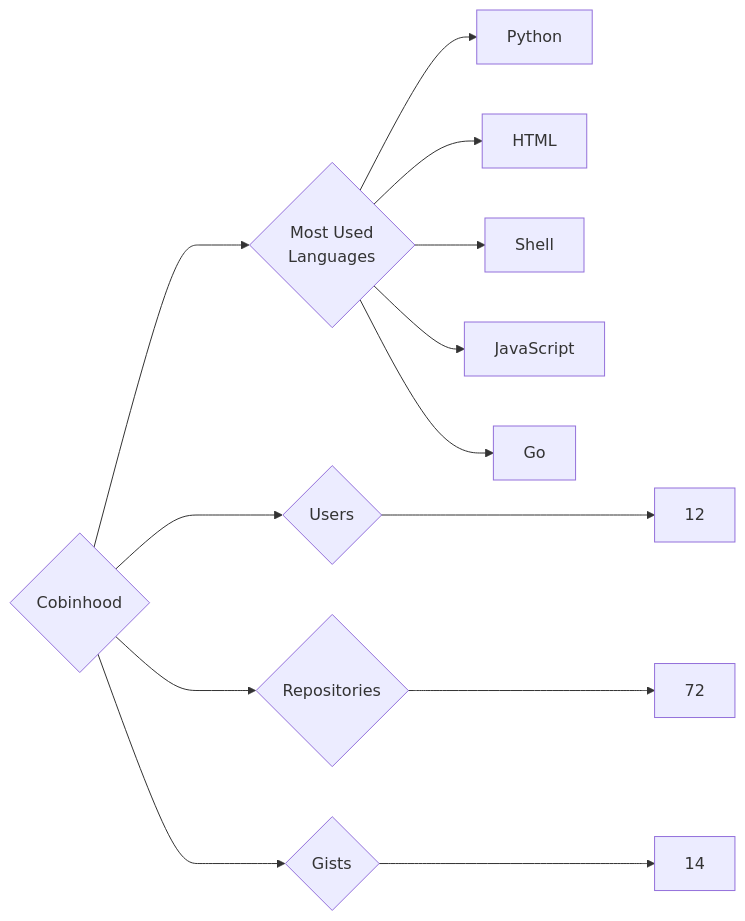
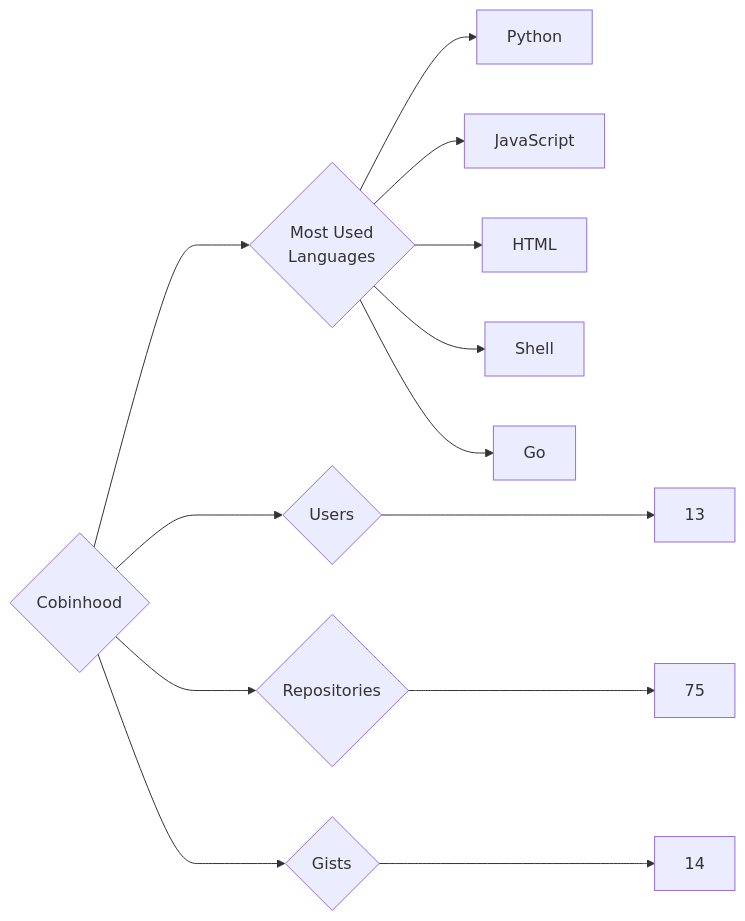
One commit to trickest/insiders changed the diagram in targets/Cobinhood/README.md. Above: the diagram before and after it, drawn with Mermaid. The commit also changed 1030 other files, not shown here.

````diff
--- a/targets/Cobinhood/README.md
+++ b/targets/Cobinhood/README.md
@@ -3,13 +3,13 @@
 ```mermaid
 graph LR
 COMPANY_NAME{Cobinhood}
-COMPANY_NAME ---> U{Users} ---> UN[12]
-COMPANY_NAME ---> R{Repositories} ---> RN[72]
+COMPANY_NAME ---> U{Users} ---> UN[13]
+COMPANY_NAME ---> R{Repositories} ---> RN[75]
 COMPANY_NAME ---> G{Gists} ---> GN[14]
 COMPANY_NAME ---> ML{Most Used<br>Languages}
 ML --> Python[Python]
+ML --> JavaScript[JavaScript]
 ML --> HTML[HTML]
 ML --> Shell[Shell]
-ML --> JavaScript[JavaScript]
 ML --> Go[Go]
 ```
````
